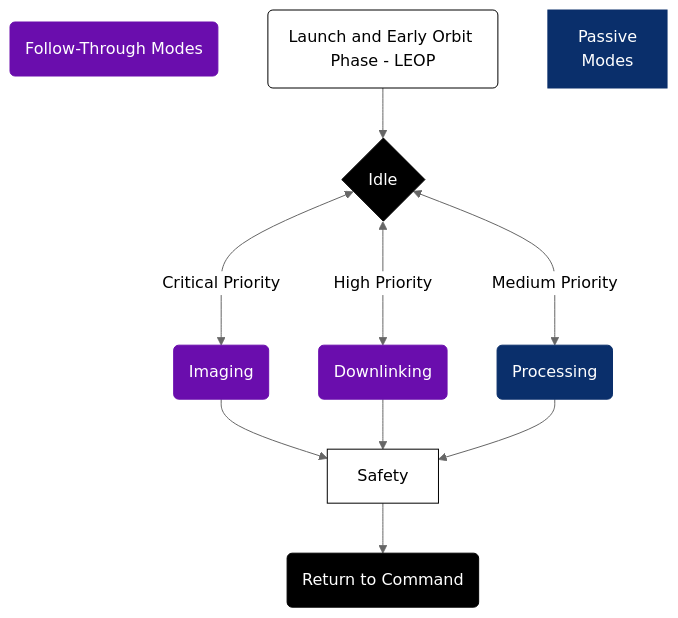
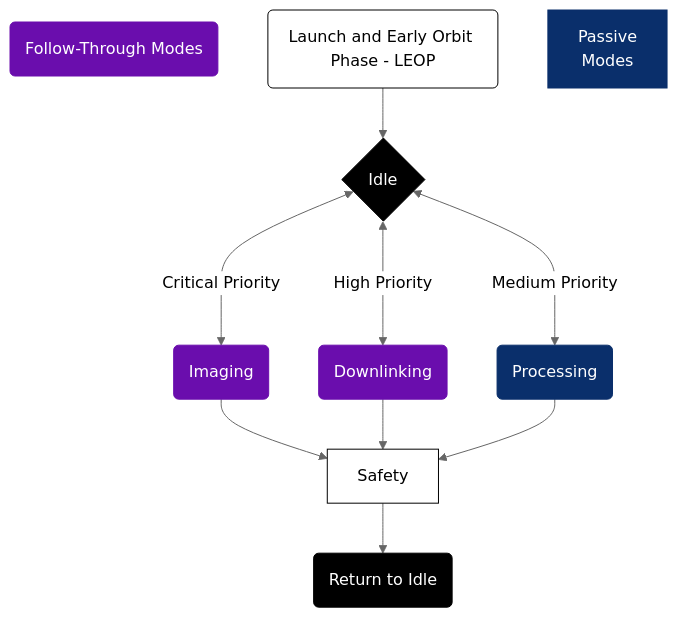
Before and after one commit to utat-ss/FINCH-sequence-diagrams: the diagram in concept of operations/modes-of-operation.md, drawn with Mermaid (neutral theme).

````diff
--- a/concept of operations/modes-of-operation.md
+++ b/concept of operations/modes-of-operation.md
@@ -3,25 +3,25 @@
 ```mermaid
 
 flowchart
  K(Follow-Through Modes)
  Z(Launch and Early Orbit Phase - LEOP) -->
  A{Idle} <---> |Critical Priority|B(Imaging)
  A <---> |High Priority|C(Downlinking)
  A <---> |Medium Priority|D(Processing)
  B --> Y
  C -->Y[Safety]
  D -->Y
  R[Passive
  Modes]
- Y --> S(Return to Command)
+ Y --> S(Return to Idle)
 style Z fill:#FFFFFF,stroke:#000000,color:#000000
 style A fill:#000000,stroke:#000000,color:#FFFFFF
 style B fill:#6A0DAD,stroke:#6A0DAD,color:#FFFFFF
 style C fill:#6A0DAD,stroke:#6A0DAD,color:#FFFFFF
 style D fill:#0A2F6B,stroke:#0A2F6B,color:#FFFFFF
 style Y fill:#FFFFFF,stroke:#000000,color:#000000
 style S fill:#000000,stroke:#000000,color:#FFFFFF
 style K fill:#6A0DAD,stroke:#6A0DAD,color:#FFFFFF
 style R fill:#0A2F6B,stroke:#0A2F6B,color:#FFFFFF
 
 ```
````
